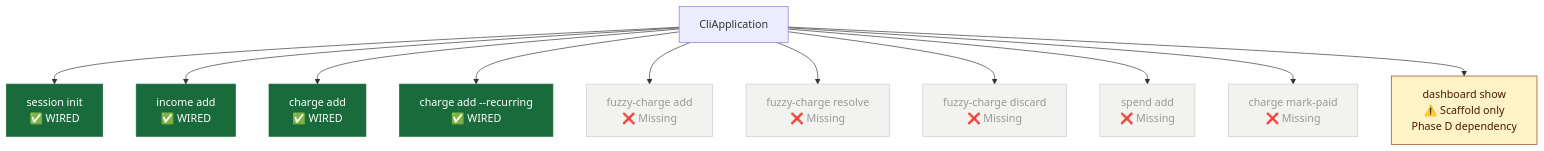
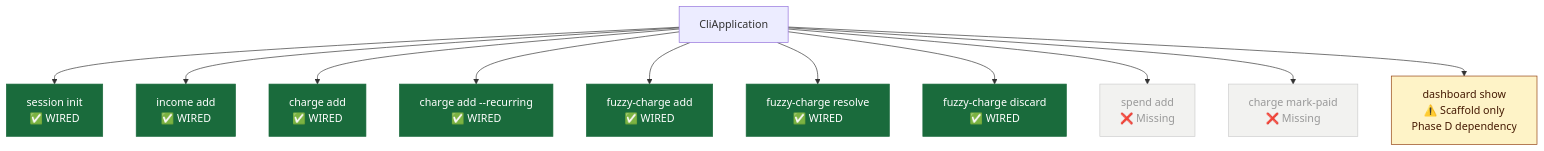
Before and after one commit to MoaminShikha/student-expense-tracker: diagram 11 of 25 in Docs/stage1_implementation_status.md, drawn with Mermaid. The commit also changed other lines of this file and 4 other files, not shown here.

First line of the commit message:
feat(cli): wire fuzzy resolve and discard commands

````diff
--- a/Docs/stage1_implementation_status.md
+++ b/Docs/stage1_implementation_status.md
@@ -368,26 +368,26 @@
 ```mermaid
 graph TD
     CLI[CliApplication]
 
     CLI --> SI["session init\n✅ WIRED"]
     CLI --> IA["income add\n✅ WIRED"]
     CLI --> CA["charge add\n✅ WIRED"]
     CLI --> CAR["charge add --recurring\n✅ WIRED"]
-    CLI --> FCA["fuzzy-charge add\n❌ Missing"]
-    CLI --> FCR["fuzzy-charge resolve\n❌ Missing"]
-    CLI --> FCD["fuzzy-charge discard\n❌ Missing"]
+    CLI --> FCA["fuzzy-charge add\n✅ WIRED"]
+    CLI --> FCR["fuzzy-charge resolve\n✅ WIRED"]
+    CLI --> FCD["fuzzy-charge discard\n✅ WIRED"]
     CLI --> SA["spend add\n❌ Missing"]
     CLI --> CMP["charge mark-paid\n❌ Missing"]
     CLI --> DS["dashboard show\n⚠️ Scaffold only\nPhase D dependency"]
 
     style SI fill:#1a6b3c,color:#fff,stroke:#1a6b3c
     style DS fill:#fef3c7,stroke:#92400e,color:#451a03
     style IA fill:#1a6b3c,color:#fff,stroke:#1a6b3c
     style CA fill:#1a6b3c,color:#fff,stroke:#1a6b3c
     style CAR fill:#1a6b3c,color:#fff,stroke:#1a6b3c
-    style FCA fill:#f2f2f0,stroke:#ccc,color:#999
-    style FCR fill:#f2f2f0,stroke:#ccc,color:#999
-    style FCD fill:#f2f2f0,stroke:#ccc,color:#999
+    style FCA fill:#1a6b3c,color:#fff,stroke:#1a6b3c
+    style FCR fill:#1a6b3c,color:#fff,stroke:#1a6b3c
+    style FCD fill:#1a6b3c,color:#fff,stroke:#1a6b3c
     style SA fill:#f2f2f0,stroke:#ccc,color:#999
     style CMP fill:#f2f2f0,stroke:#ccc,color:#999
 ```
````
